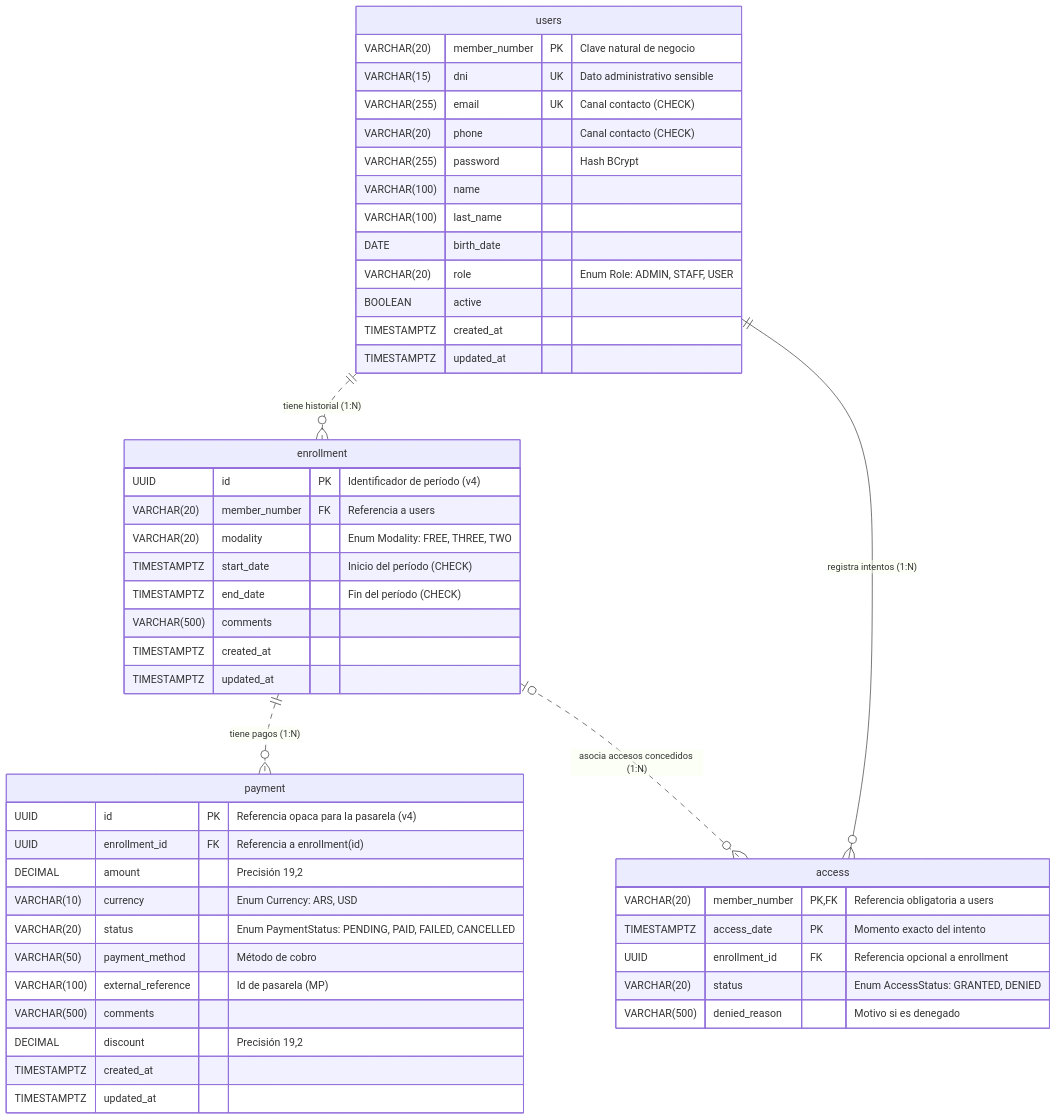
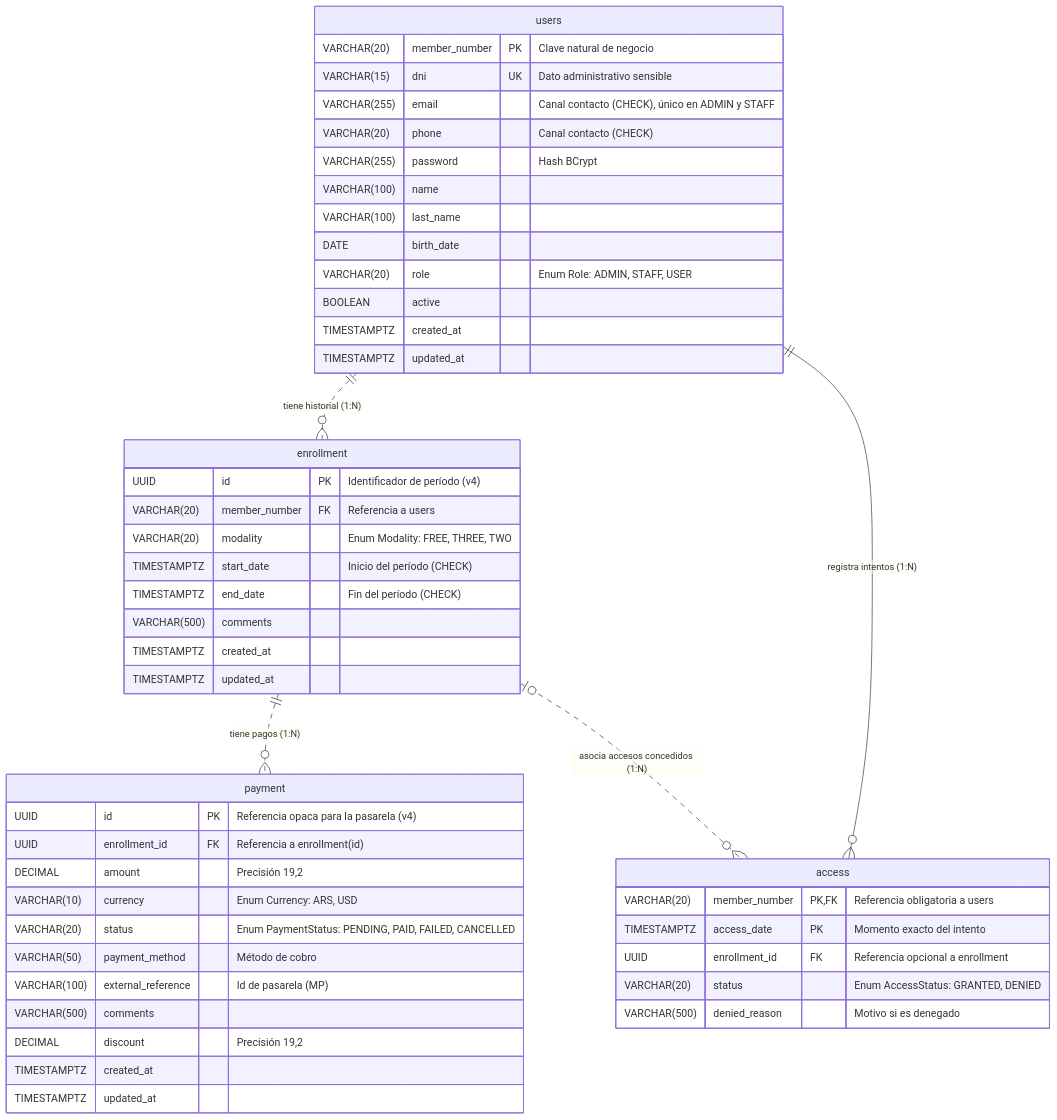
The diagram in docs/entidades.md (santiagovOK/TFI_grupo144), drawn with Mermaid before and after one commit. The commit also changed other lines of this file and 1 other file, not shown here.

Commit message:
refactor(schema): permitir el mismo email entre socios

````diff
--- a/docs/entidades.md
+++ b/docs/entidades.md
@@ -7,51 +7,51 @@
 ```mermaid
 erDiagram
     users {
         VARCHAR(20) member_number PK "Clave natural de negocio"
         VARCHAR(15) dni UK "Dato administrativo sensible"
-        VARCHAR(255) email UK "Canal contacto (CHECK)"
+        VARCHAR(255) email "Canal contacto (CHECK), único en ADMIN y STAFF"
         VARCHAR(20) phone "Canal contacto (CHECK)"
         VARCHAR(255) password "Hash BCrypt"
         VARCHAR(100) name
         VARCHAR(100) last_name
         DATE birth_date
         VARCHAR(20) role "Enum Role: ADMIN, STAFF, USER"
         BOOLEAN active
         TIMESTAMPTZ created_at
         TIMESTAMPTZ updated_at
     }
     enrollment {
         UUID id PK "Identificador de período (v4)"
         VARCHAR(20) member_number FK "Referencia a users"
         VARCHAR(20) modality "Enum Modality: FREE, THREE, TWO"
         TIMESTAMPTZ start_date "Inicio del período (CHECK)"
         TIMESTAMPTZ end_date "Fin del período (CHECK)"
         VARCHAR(500) comments
         TIMESTAMPTZ created_at
         TIMESTAMPTZ updated_at
     }
     payment {
         UUID id PK "Referencia opaca para la pasarela (v4)"
         UUID enrollment_id FK "Referencia a enrollment(id)"
         DECIMAL amount "Precisión 19,2"
         VARCHAR(10) currency "Enum Currency: ARS, USD"
         VARCHAR(20) status "Enum PaymentStatus: PENDING, PAID, FAILED, CANCELLED"
         VARCHAR(50) payment_method "Método de cobro"
         VARCHAR(100) external_reference "Id de pasarela (MP)"
         VARCHAR(500) comments
         DECIMAL discount "Precisión 19,2"
         TIMESTAMPTZ created_at
         TIMESTAMPTZ updated_at
     }
     access {
         VARCHAR(20) member_number PK,FK "Referencia obligatoria a users"
         TIMESTAMPTZ access_date PK "Momento exacto del intento"
         UUID enrollment_id FK "Referencia opcional a enrollment"
         VARCHAR(20) status "Enum AccessStatus: GRANTED, DENIED"
         VARCHAR(500) denied_reason "Motivo si es denegado"
     }
     users ||..o{ enrollment : "tiene historial (1:N)"
     users ||--o{ access : "registra intentos (1:N)"
     enrollment ||..o{ payment : "tiene pagos (1:N)"
     enrollment |o..o{ access : "asocia accesos concedidos (1:N)"
 ```
````
